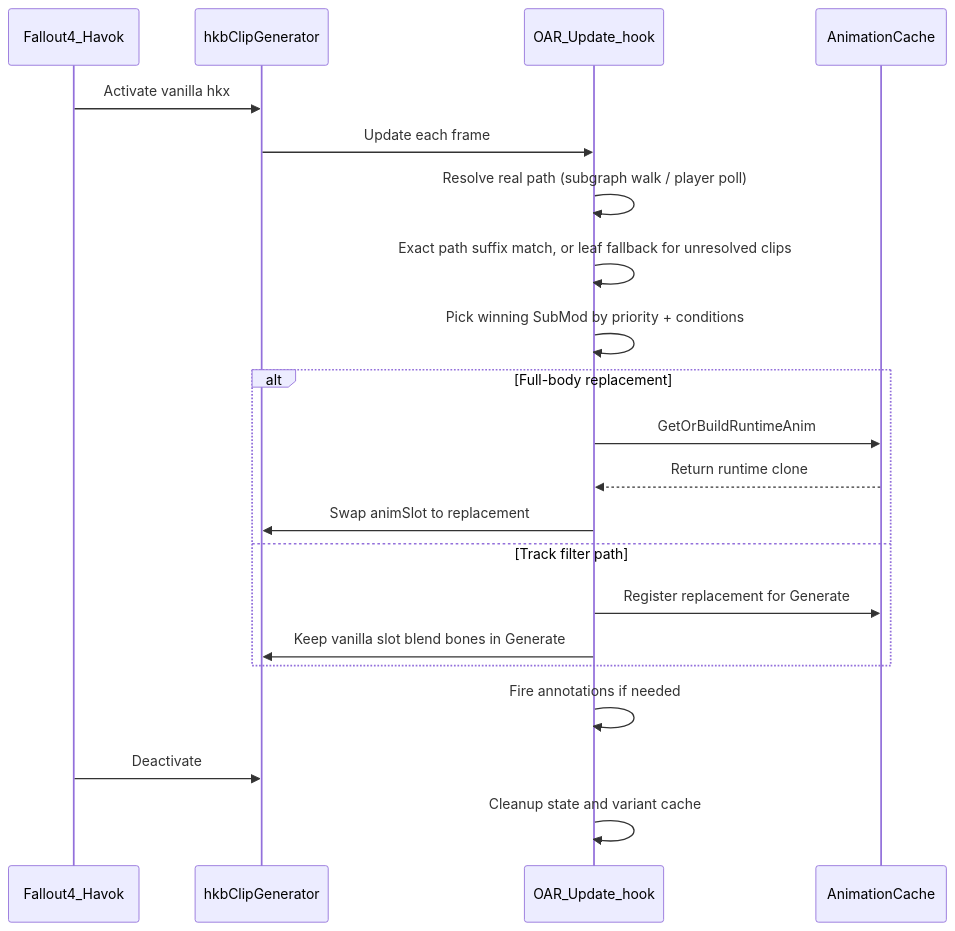
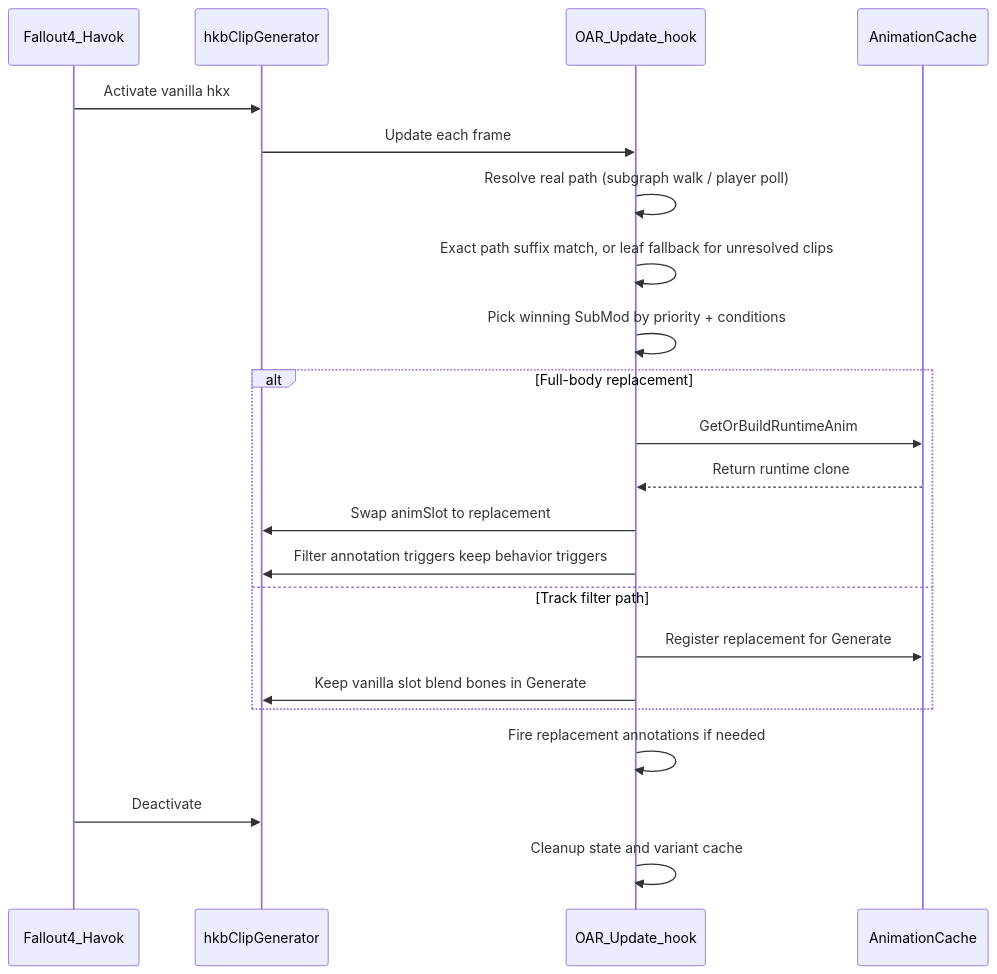
One commit to DCCStudios/F4-OpenAnimationReplacer changed the third of 7 diagrams in README.md. Above: the diagram before and after it, drawn with Mermaid. The commit also changed other lines of this file and 2 other files, not shown here.

First line of the commit message:
Fix ghost equipfast annotation dumps and document annotation/trigger behavior

````diff
--- a/README.md
+++ b/README.md
@@ -145,24 +145,25 @@
 ```mermaid
 sequenceDiagram
     participant Game as Fallout4_Havok
     participant Clip as hkbClipGenerator
     participant OAR as OAR_Update_hook
     participant Cache as AnimationCache
 
     Game->>Clip: Activate vanilla hkx
     Clip->>OAR: Update each frame
     OAR->>OAR: Resolve real path (subgraph walk / player poll)
     OAR->>OAR: Exact path suffix match, or leaf fallback for unresolved clips
     OAR->>OAR: Pick winning SubMod by priority + conditions
     alt Full-body replacement
         OAR->>Cache: GetOrBuildRuntimeAnim
         Cache-->>OAR: Return runtime clone
         OAR->>Clip: Swap animSlot to replacement
+        OAR->>Clip: Filter annotation triggers keep behavior triggers
     else Track filter path
         OAR->>Cache: Register replacement for Generate
         OAR->>Clip: Keep vanilla slot blend bones in Generate
     end
-    OAR->>OAR: Fire annotations if needed
+    OAR->>OAR: Fire replacement annotations if needed
     Game->>Clip: Deactivate
     OAR->>OAR: Cleanup state and variant cache
 ```
````
